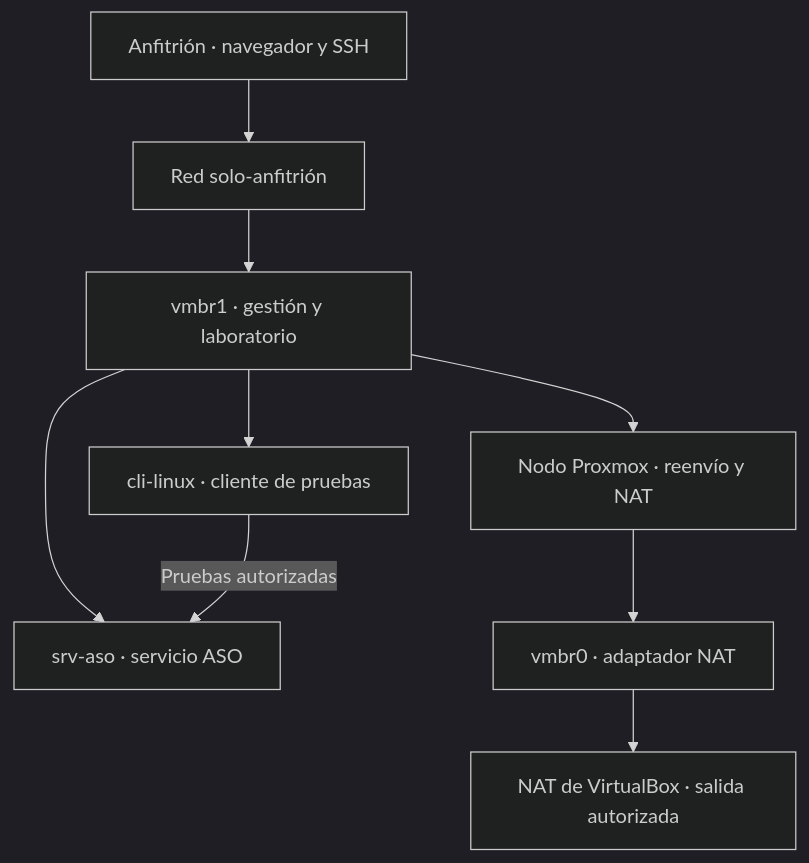
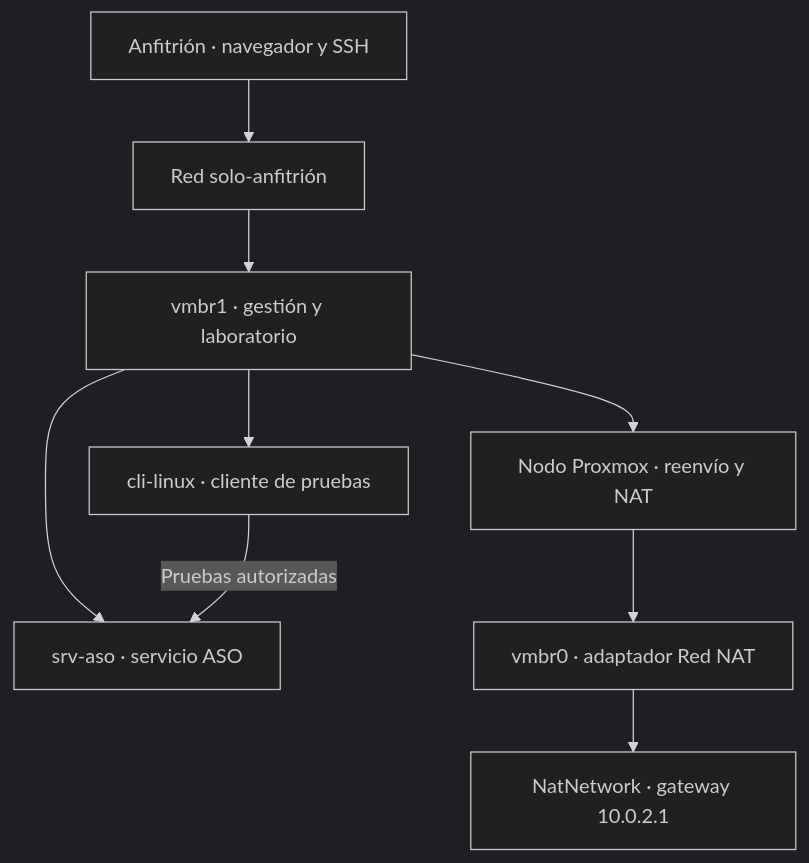
One commit to jmarlu/PI changed the diagram in docs/proyecto/fase-2-red.md. Above: the diagram before and after it, drawn with Mermaid (dark theme). The commit also changed other lines of this file and 7 other files, not shown here.

Commit message:
Unifica la red del proyecto con NatNetwork y dos puentes

````diff
--- a/docs/proyecto/fase-2-red.md
+++ b/docs/proyecto/fase-2-red.md
@@ -38,11 +43,11 @@
 ```mermaid
 flowchart TD
   HOST["Anfitrión · navegador y SSH"] --> SOLO["Red solo-anfitrión"]
   SOLO --> BR["vmbr1 · gestión y laboratorio"]
   BR --> SRV["srv-aso · servicio ASO"]
   BR --> CLI["cli-linux · cliente de pruebas"]
   CLI -->|"Pruebas autorizadas"| SRV
   BR --> PVE["Nodo Proxmox · reenvío y NAT"]
-  PVE --> WAN["vmbr0 · adaptador NAT"]
-  WAN --> NAT["NAT de VirtualBox · salida autorizada"]
+  PVE --> WAN["vmbr0 · adaptador Red NAT"]
+  WAN --> NAT["NatNetwork · gateway 10.0.2.1"]
 ```
````
